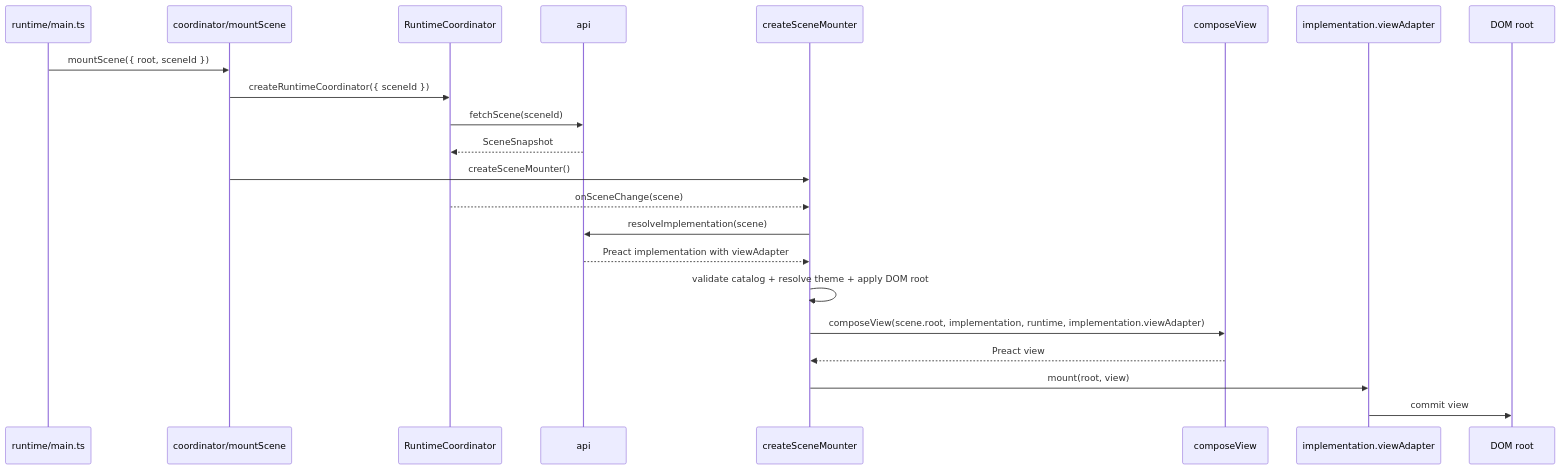
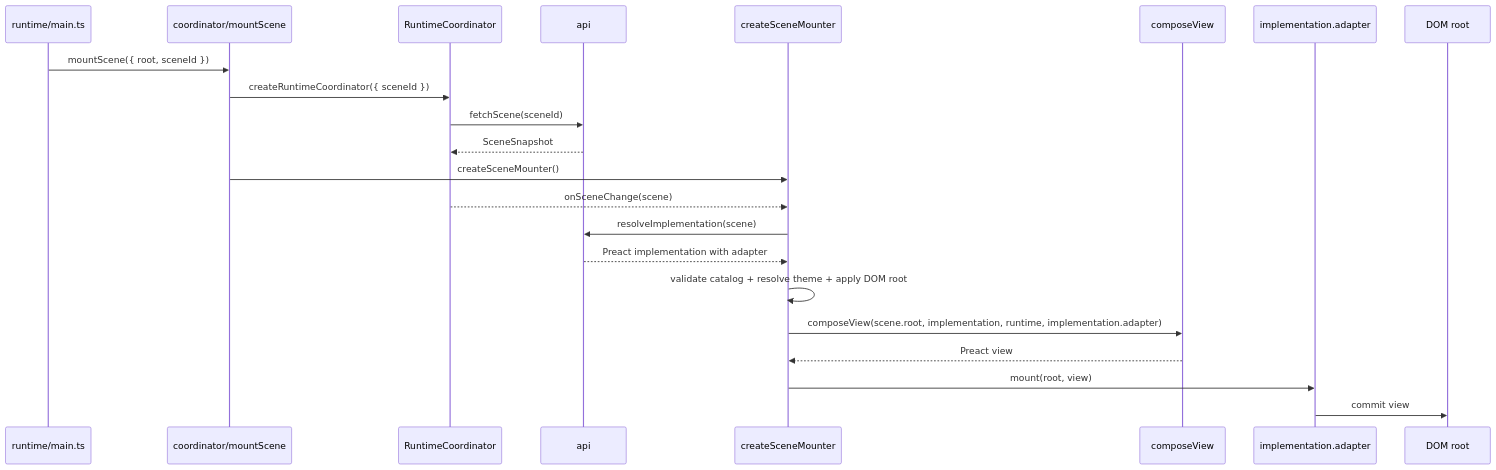
Before and after one commit to acolby/catalogspec: the second of 2 diagrams in experiments/web/renderers/README.md, drawn with Mermaid. The commit also changed other lines of this file and 9 other files, not shown here.

Commit message:
minimizing view adapter interface

````diff
--- a/experiments/web/renderers/README.md
+++ b/experiments/web/renderers/README.md
@@ -170,25 +170,25 @@
 ```mermaid
 sequenceDiagram
   participant Main as runtime/main.ts
   participant CoordMount as coordinator/mountScene
   participant Coord as RuntimeCoordinator
   participant Api as api
   participant Mounter as createSceneMounter
   participant Compose as composeView
-  participant Adapter as implementation.viewAdapter
+  participant Adapter as implementation.adapter
   participant DOM as DOM root
 
   Main->>CoordMount: mountScene({ root, sceneId })
   CoordMount->>Coord: createRuntimeCoordinator({ sceneId })
   Coord->>Api: fetchScene(sceneId)
   Api-->>Coord: SceneSnapshot
   CoordMount->>Mounter: createSceneMounter()
   Coord-->>Mounter: onSceneChange(scene)
   Mounter->>Api: resolveImplementation(scene)
-  Api-->>Mounter: Preact implementation with viewAdapter
+  Api-->>Mounter: Preact implementation with adapter
   Mounter->>Mounter: validate catalog + resolve theme + apply DOM root
-  Mounter->>Compose: composeView(scene.root, implementation, runtime, implementation.viewAdapter)
+  Mounter->>Compose: composeView(scene.root, implementation, runtime, implementation.adapter)
   Compose-->>Mounter: Preact view
   Mounter->>Adapter: mount(root, view)
   Adapter->>DOM: commit view
 ```
````
